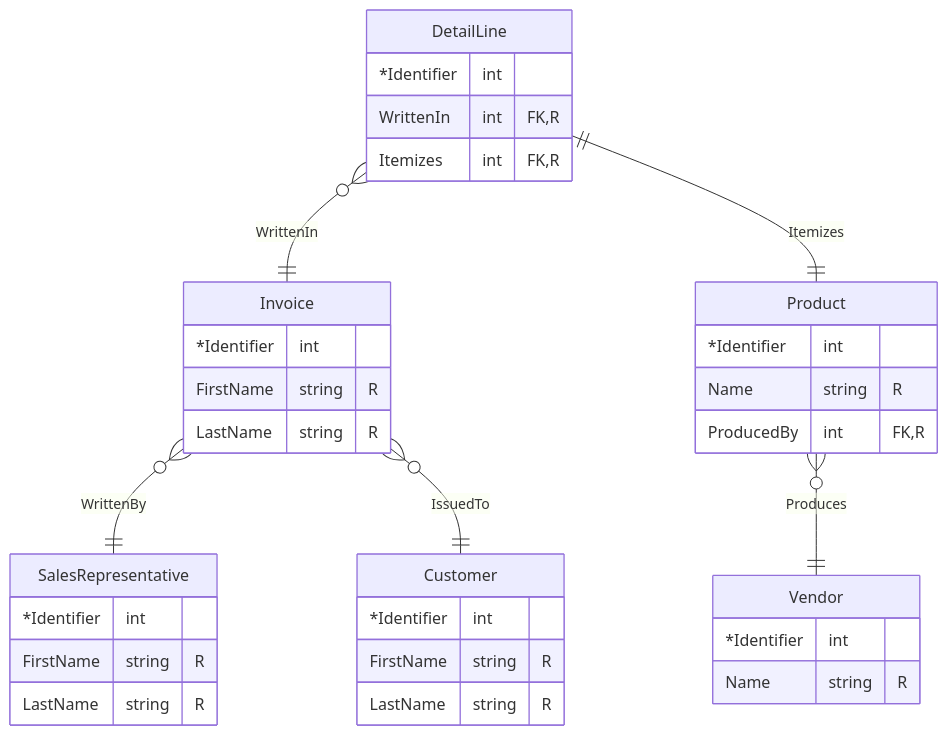
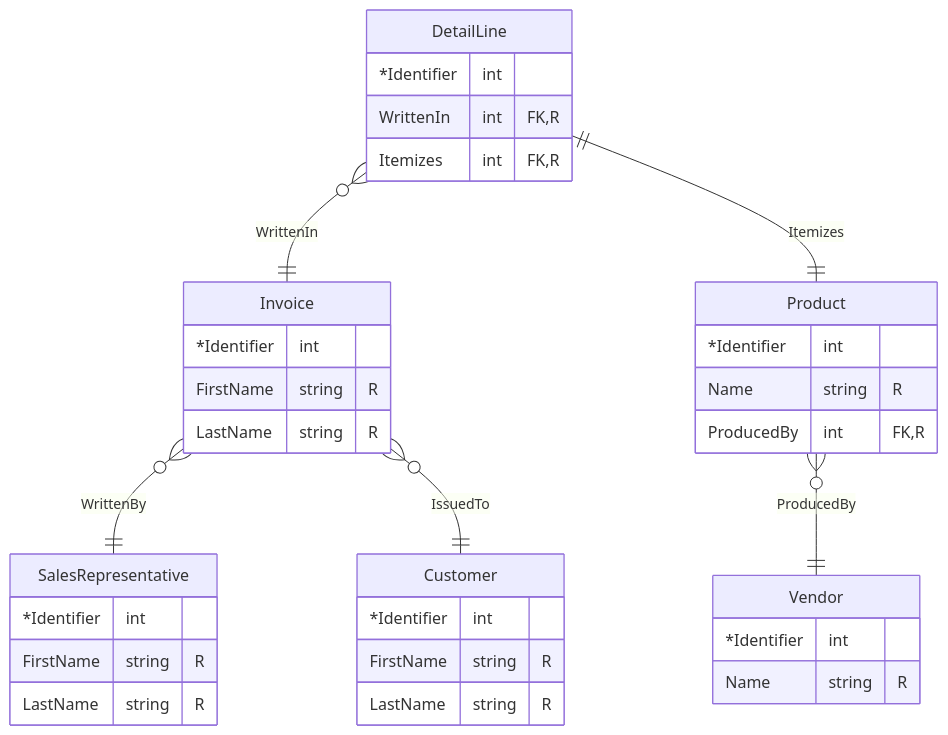
Before and after one commit to oridim/ds220-group-project: the second of 2 diagrams in README.md, drawn with Mermaid.

````diff
--- a/README.md
+++ b/README.md
@@ -56,43 +56,43 @@
 ```mermaid
 erDiagram
     SalesRepresentative {
         *Identifier int
         FirstName string "R"
         LastName string "R"
     }
 
     Customer {
         *Identifier int
         FirstName string "R"
         LastName string "R"
     }
 
     Invoice {
         *Identifier int
         FirstName string "R"
         LastName string "R"
     }
 
     DetailLine {
         *Identifier int
         WrittenIn int "FK,R"
         Itemizes int "FK,R"
     }
 
     Product {
         *Identifier int
         Name string "R"
         ProducedBy int "FK,R"
     }
 
     Vendor {
         *Identifier int
         Name string "R"
     }
 
     Invoice }o--|| SalesRepresentative: WrittenBy
     Invoice }o--|| Customer: IssuedTo
     DetailLine }o--|| Invoice: WrittenIn
     DetailLine ||--|| Product: Itemizes
-    Product }o--|| Vendor: Produces
+    Product }o--|| Vendor: ProducedBy
 ```
````
